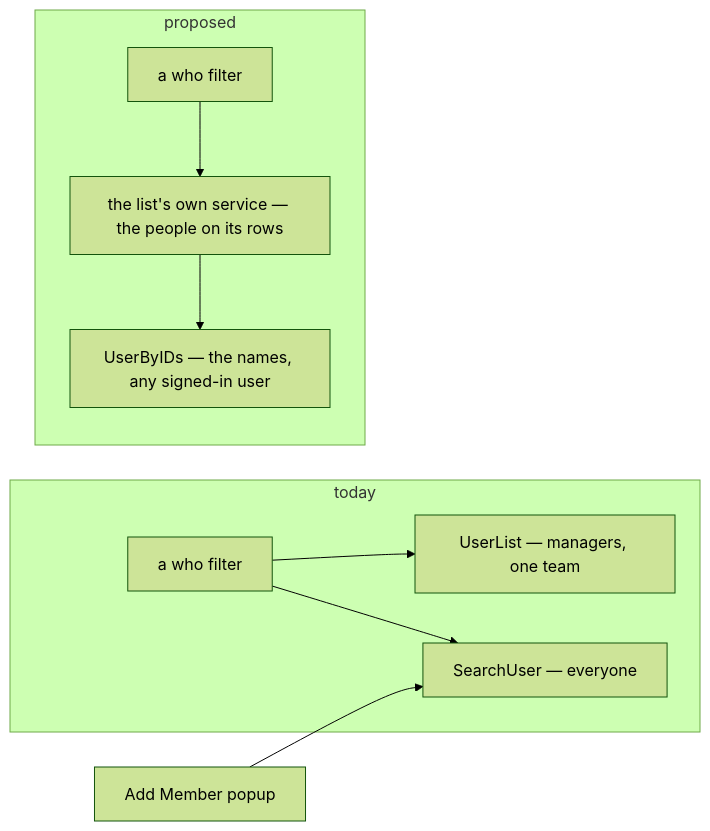
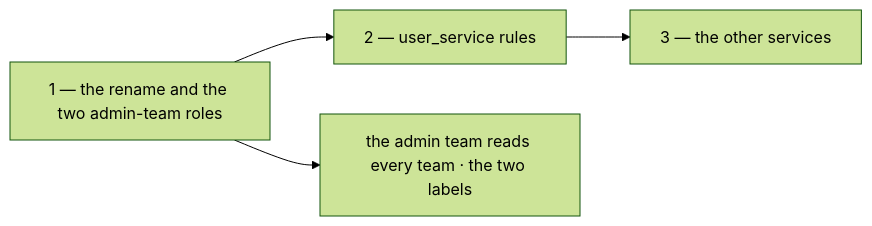
Before and after one commit to pdcgo/warehouse_revamp: the third of 12 diagrams in docs/business/user/context_clarify.md, drawn with Mermaid (forest theme). The commit also changed other lines of this file and 11 other files, not shown here.

````diff
--- a/docs/business/user/context_clarify.md
+++ b/docs/business/user/context_clarify.md
@@ -191,12 +190,6 @@
 ```mermaid
 flowchart LR
-  subgraph "today"
-    F0["a who filter"] --> UL["UserList — managers, one team"]
-    F0 --> SU["SearchUser — everyone"]
-  end
-  subgraph "proposed"
-    F1["a who filter"] --> L["the list's own service — the people on its rows"]
-    L --> N["UserByIDs — the names, any signed-in user"]
-  end
-  P["Add Member popup"] --> SU
+  R["1 — the rename and the two admin-team roles"] --> U["2 — user_service rules"]
+  U --> O["3 — the other services"]
+  R --> A["the admin team reads every team · the two labels"]
 ```
````
